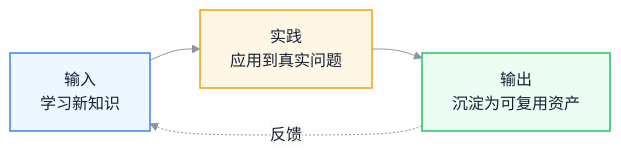
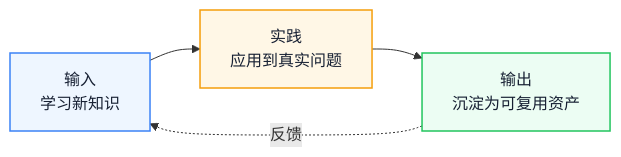
Before and after one commit to Fatejian/frontier-vault: the third of 3 diagrams in docs/career/growth-path.md, drawn with Mermaid. The commit also changed other lines of this file and 37 other files, not shown here.

````diff
--- a/docs/career/growth-path.md
+++ b/docs/career/growth-path.md
@@ -601,18 +602,18 @@
 ```mermaid
-%%{init: {'theme': 'base', 'themeVariables': { 'fontFamily': 'Inter, PingFang SC, Microsoft YaHei, sans-serif', 'primaryColor': '#F7F9FC', 'primaryTextColor': '#172033', 'primaryBorderColor': '#6EA8FE', 'lineColor': '#8A94A6'}}}%%
+%%{init: {'theme': 'base', 'themeVariables': { 'fontFamily': 'Inter, PingFang SC, Microsoft YaHei, sans-serif', 'primaryColor': '#F7F9FC', 'primaryTextColor': '#172033', 'primaryBorderColor': '#6EA8FE', 'lineColor': '#8A94A6, 'fontSize': '13px'}}}%%
 flowchart LR
     I["输入<br/>学习新知识"]
     P["实践<br/>应用到真实问题"]
     O["输出<br/>沉淀为可复用资产"]
 
     I --> P --> O
     O -. 反馈 .-> I
 
     classDef input fill:#EEF6FF,stroke:#3B82F6,color:#172033,stroke-width:1.5px;
     classDef practice fill:#FFF7E6,stroke:#F59E0B,color:#172033,stroke-width:1.5px;
     classDef output fill:#ECFDF3,stroke:#22C55E,color:#172033,stroke-width:1.5px;
 
     class I input;
     class P practice;
     class O output;
 ```
````
